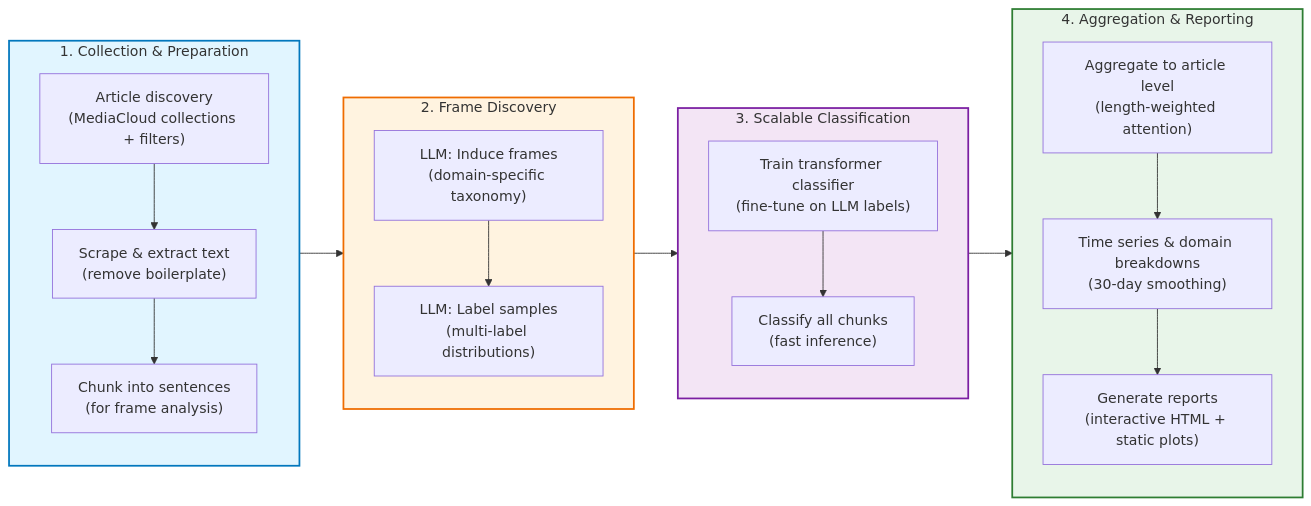
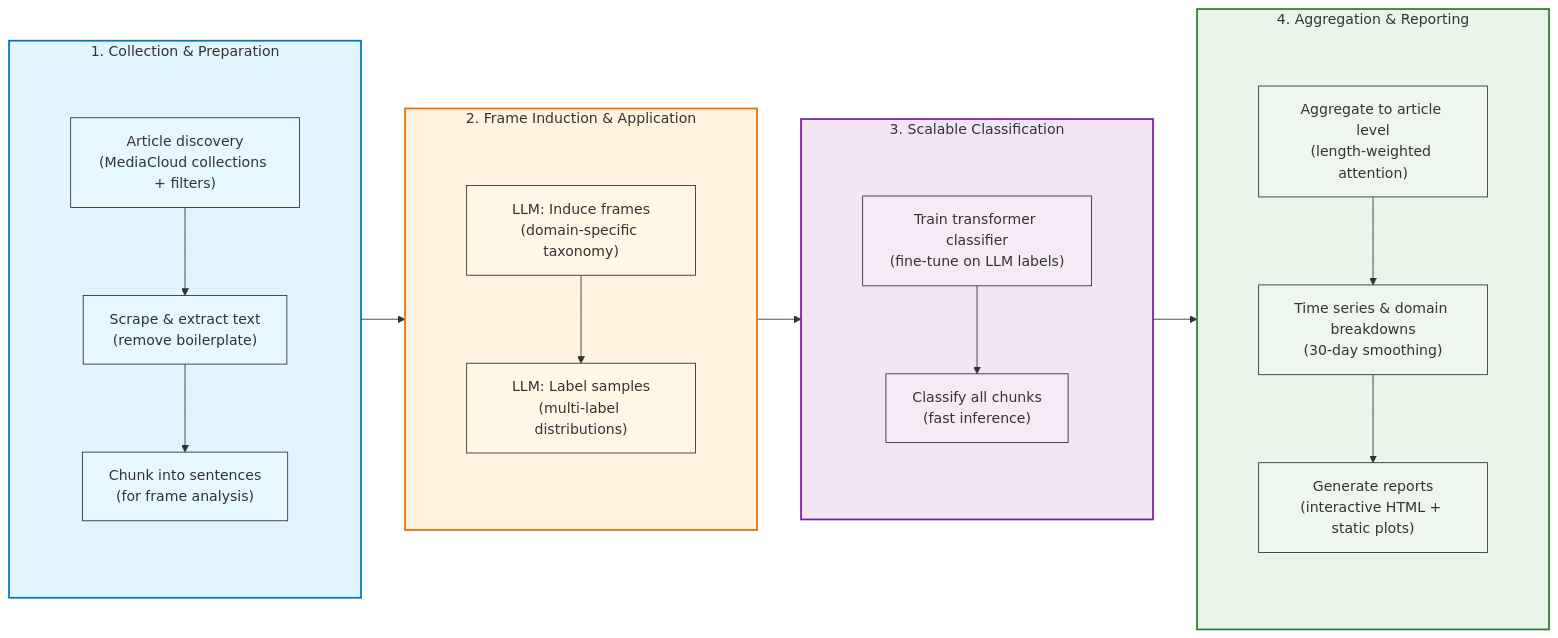
Before and after one commit to hubert-thieriot/effective-advocacy-project: the diagram in docs/posts/narrative_framing.md, drawn with Mermaid. The commit also changed other lines of this file, not shown here.

Commit message:
-improved charts

````diff
--- a/docs/posts/narrative_framing.md
+++ b/docs/posts/narrative_framing.md
@@ -106,40 +150,71 @@
 ```mermaid
 flowchart LR
     subgraph Collection["1. Collection & Preparation"]
+        direction TB
+        subgraph CollectionSub[ ]
         direction TB
         A["Article discovery<br/>(MediaCloud collections + filters)"] 
         A2["Scrape & extract text<br/>(remove boilerplate)"]
         B["Chunk into sentences<br/>(for frame analysis)"]
         A --> A2 --> B
+        end
     end
     
-    subgraph Discovery["2. Frame Discovery"]
+    subgraph Discovery["2. Frame Induction & Application"]
+        direction TB
+        subgraph DiscoverySub[ ]
         direction TB
         C["LLM: Induce frames<br/>(domain-specific taxonomy)"]
         D["LLM: Label samples<br/>(multi-label distributions)"]
         C --> D
+        end
     end
     
+    
+
     subgraph Classification["3. Scalable Classification"]
+        direction TB
+        subgraph ClassificationSub[ ]
         direction TB
         E["Train transformer classifier<br/>(fine-tune on LLM labels)"]
         F["Classify all chunks<br/>(fast inference)"]
         E --> F
+        end
     end
     
     subgraph Analysis["4. Aggregation & Reporting"]
+        direction TB
+        subgraph AnalysisSub[ ]
         direction TB
         G["Aggregate to article level<br/>(length-weighted attention)"]
         H["Time series & domain breakdowns<br/>(30-day smoothing)"]
         I["Generate reports<br/>(interactive HTML + static plots)"]
         G --> H --> I
+        end
     end
     
-    B --> C
-    D --> E
-    F --> G
+    Collection --> Discovery
+    Discovery --> Classification
+    Classification --> Analysis
+    
+    classDef nodeBox fill:#ffffff33,stroke:#333,stroke-width:1px
+    classDef somePaddingClass padding-bottom:5em
+    classDef transparent fill:#ffffff00,stroke-width:0
+    
+    Collection:::somePaddingClass
+    CollectionSub:::transparent
+    Discovery:::somePaddingClass
+    DiscoverySub:::transparent
+    Classification:::somePaddingClass
+    ClassificationSub:::transparent
+    Analysis:::somePaddingClass
+    AnalysisSub:::transparent
+
+    
+    class A,A2,B,C,D,E,F,G,H,I nodeBox
     style Collection fill:#e1f5ff,stroke:#0277bd,stroke-width:2px
     style Discovery fill:#fff3e0,stroke:#ef6c00,stroke-width:2px
     style Classification fill:#f3e5f5,stroke:#7b1fa2,stroke-width:2px
     style Analysis fill:#e8f5e9,stroke:#2e7d32,stroke-width:2px
+    
 ```
````
